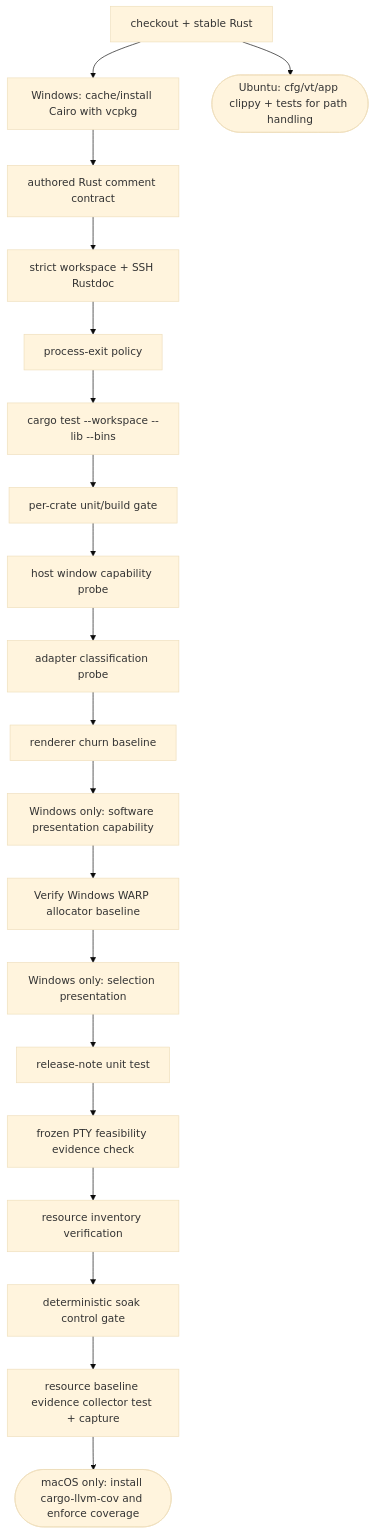
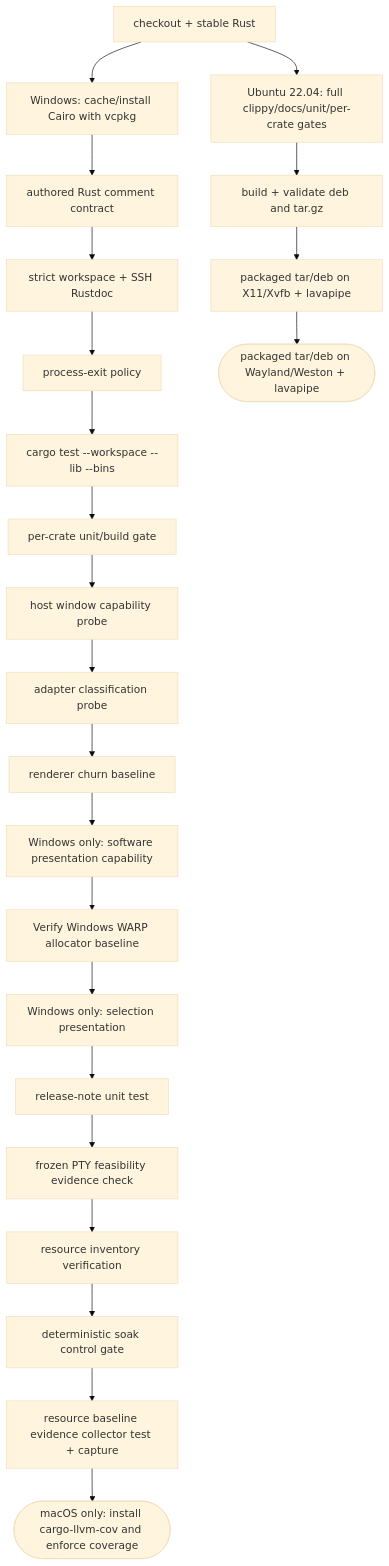
One commit to D0n9X1n/SonicTerm changed the first of 4 diagrams in wiki/Development-and-Release.md. Above: the diagram before and after it, drawn with Mermaid (base theme). The commit also changed other lines of this file and 70 other files, not shown here.

````diff
--- a/wiki/Development-and-Release.md
+++ b/wiki/Development-and-Release.md
@@ -160,43 +166,49 @@
 ```mermaid
 flowchart TD
     checkout["checkout + stable Rust"]
     cairo["Windows: cache/install Cairo with vcpkg"]
     comments["authored Rust comment contract"]
     rustdoc["strict workspace + SSH Rustdoc"]
     exitpolicy["process-exit policy"]
     wstest["cargo test --workspace --lib --bins"]
     percrate["per-crate unit/build gate"]
     hostprobe["host window capability probe"]
     adapterprobe["adapter classification probe"]
     churn["renderer churn baseline"]
     softpresent["Windows only: software presentation capability"]
     warp["Verify Windows WARP allocator baseline"]
     selection["Windows only: selection presentation"]
     notes["release-note unit test"]
     pty["frozen PTY feasibility evidence check"]
     inventory["resource inventory verification"]
     soak["deterministic soak control gate"]
     baseline["resource baseline evidence collector test + capture"]
     coverage(["macOS only: install cargo-llvm-cov and enforce coverage"])
-    linux(["Ubuntu: cfg/vt/app clippy + tests for path handling"])
+    linuxbuild["Ubuntu 22.04: full clippy/docs/unit/per-crate gates"]
+    linuxpkg["build + validate deb and tar.gz"]
+    linuxx11["packaged tar/deb on X11/Xvfb + lavapipe"]
+    linuxwayland(["packaged tar/deb on Wayland/Weston + lavapipe"])
 
     checkout --> cairo
-    checkout --> linux
+    checkout --> linuxbuild
+    linuxbuild --> linuxpkg
+    linuxpkg --> linuxx11
+    linuxx11 --> linuxwayland
     cairo --> comments
     comments --> rustdoc
     rustdoc --> exitpolicy
     exitpolicy --> wstest
     wstest --> percrate
     percrate --> hostprobe
     hostprobe --> adapterprobe
     adapterprobe --> churn
     churn --> softpresent
     softpresent --> warp
     warp --> selection
     selection --> notes
     notes --> pty
     pty --> inventory
     inventory --> soak
     soak --> baseline
     baseline --> coverage
 ```
````
